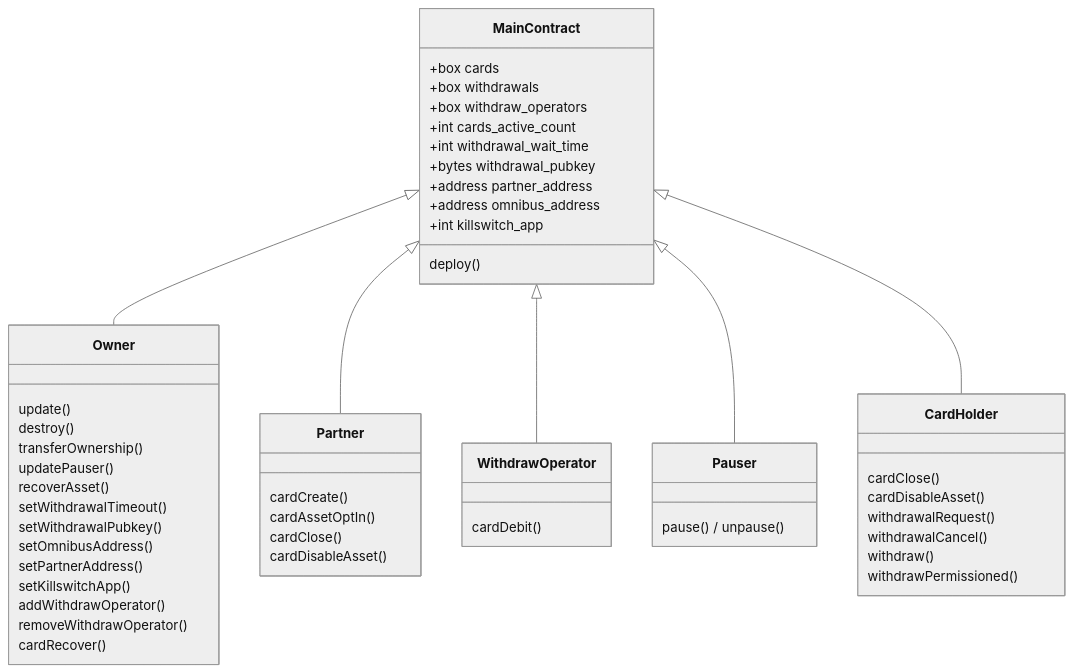
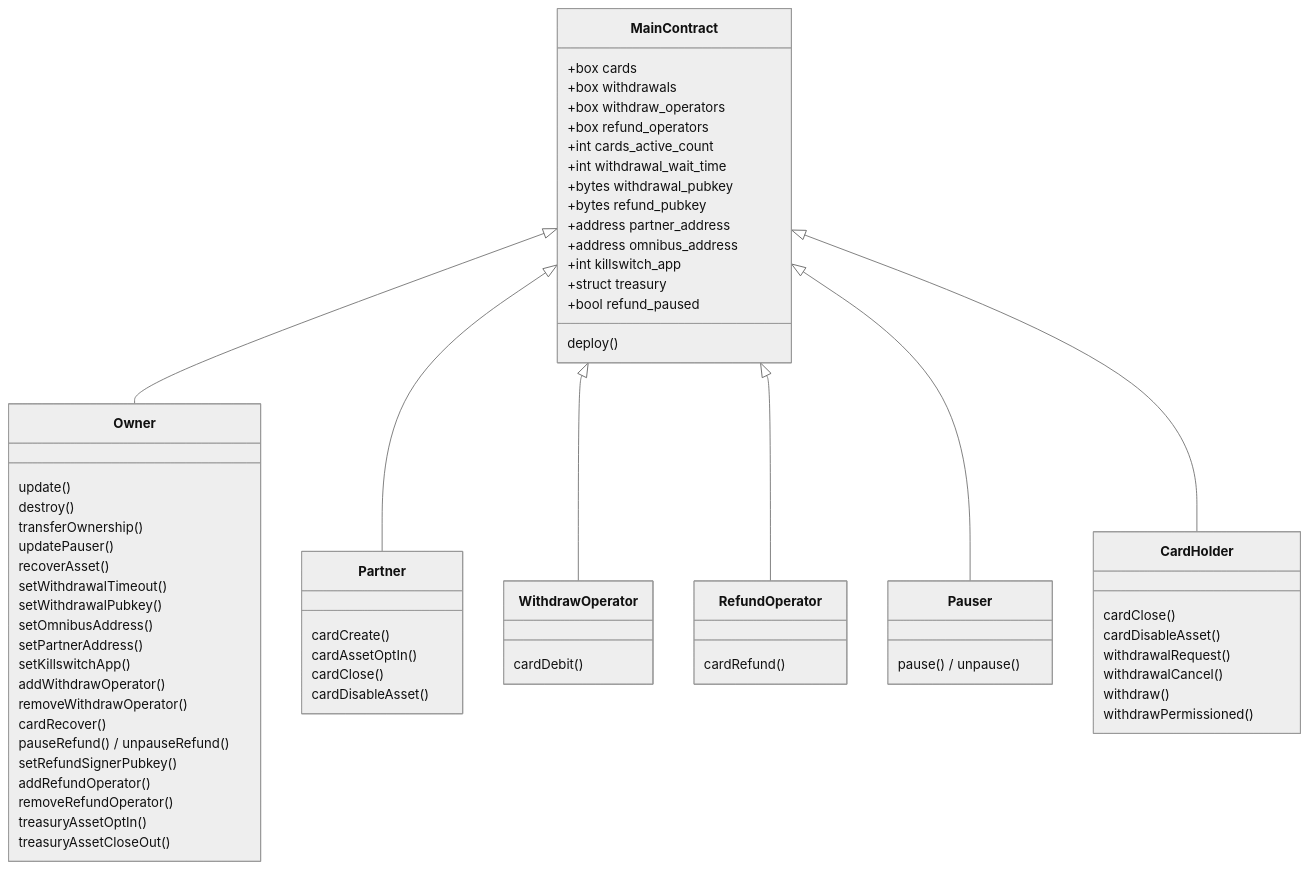
Before and after one commit to algorandfoundation/auto-draw-card: the first of 2 diagrams in projects/auto-draw-card/README.md, drawn with Mermaid (neutral theme). The commit also changed other lines of this file and 12 other files, not shown here.

````diff
--- a/projects/auto-draw-card/README.md
+++ b/projects/auto-draw-card/README.md
@@ -198,59 +239,74 @@
 ```mermaid
 classDiagram
     MainContract : +box cards
     MainContract : +box withdrawals
     MainContract : +box withdraw_operators
+    MainContract : +box refund_operators
     MainContract : +int cards_active_count
     MainContract : +int withdrawal_wait_time
     MainContract : +bytes withdrawal_pubkey
+    MainContract : +bytes refund_pubkey
     MainContract : +address partner_address
     MainContract : +address omnibus_address
     MainContract : +int killswitch_app
+    MainContract : +struct treasury
+    MainContract : +bool refund_paused
     MainContract : deploy()
 
     MainContract <|-- Owner
     MainContract <|-- Partner
     MainContract <|-- WithdrawOperator
+    MainContract <|-- RefundOperator
     MainContract <|-- Pauser
     MainContract <|-- CardHolder
 
     class Owner {
         update()
         destroy()
         transferOwnership()
         updatePauser()
         recoverAsset()
         setWithdrawalTimeout()
         setWithdrawalPubkey()
         setOmnibusAddress()
         setPartnerAddress()
         setKillswitchApp()
         addWithdrawOperator()
         removeWithdrawOperator()
         cardRecover()
+        pauseRefund() / unpauseRefund()
+        setRefundSignerPubkey()
+        addRefundOperator()
+        removeRefundOperator()
+        treasuryAssetOptIn()
+        treasuryAssetCloseOut()
     }
 
     class Partner {
         cardCreate()
         cardAssetOptIn()
         cardClose()
         cardDisableAsset()
     }
 
     class WithdrawOperator {
         cardDebit()
+    }
+
+    class RefundOperator {
+        cardRefund()
     }
 
     class Pauser {
         pause() / unpause()
     }
 
     class CardHolder {
         cardClose()
         cardDisableAsset()
         withdrawalRequest()
         withdrawalCancel()
         withdraw()
         withdrawPermissioned()
     }
 ```
````
